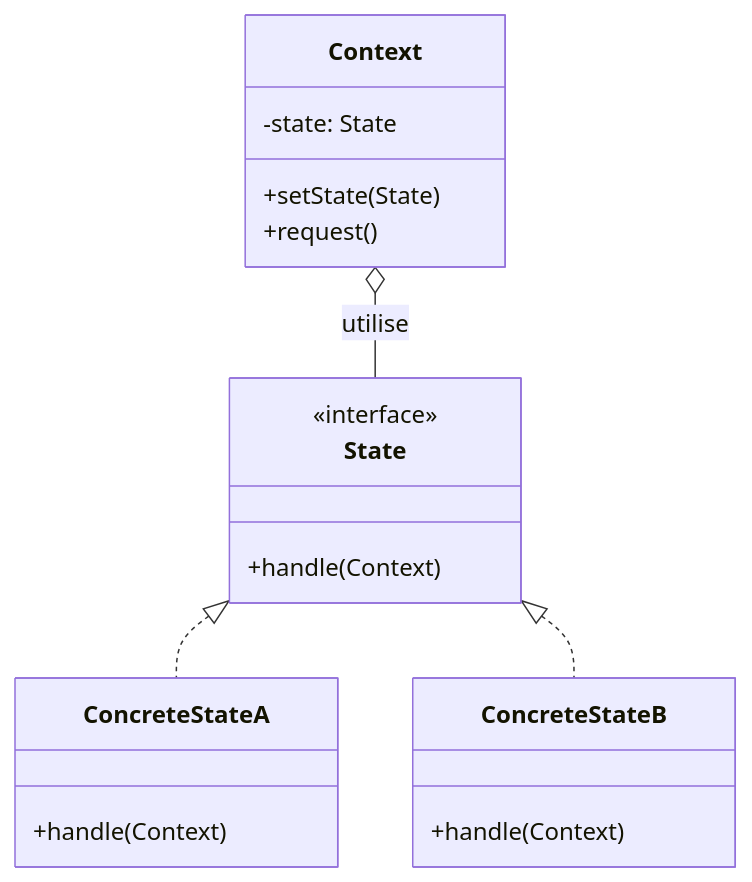
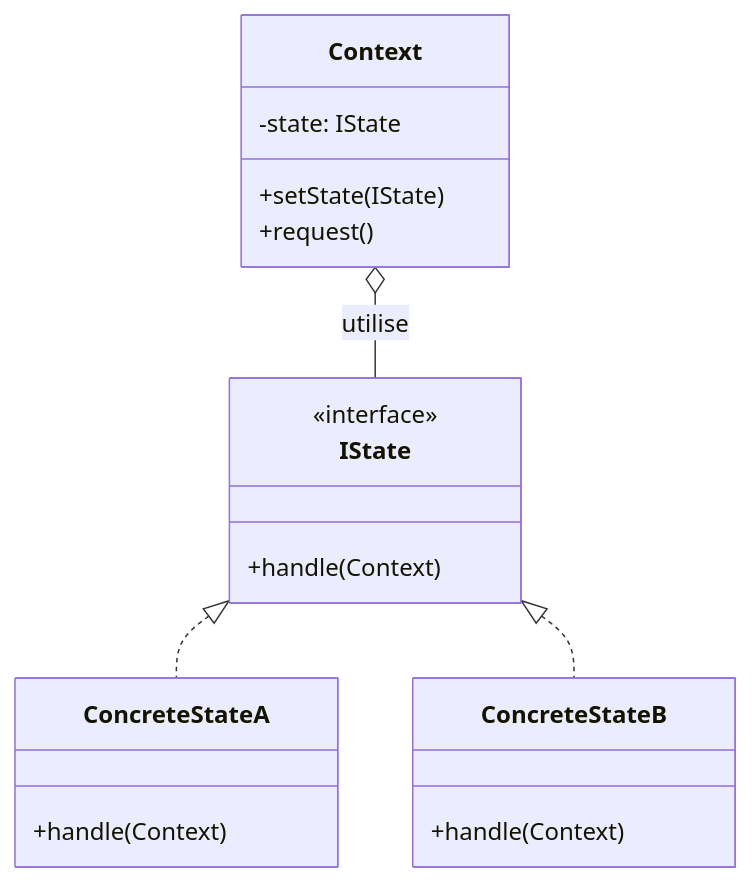
One commit to SamuelLnds/LandaisSamuel_TP_DesignPatterns changed the first of 4 diagrams in State/README.md. Above: the diagram before and after it, drawn with Mermaid. The commit also changed other lines of this file and 12 other files, not shown here.

Commit message:
revue des README, correction des diagrammes, ajout de diagrammes de séquence pour détailler l'explication, correction du français, ajout d'informations supplémentaires, révision de la disposition des limitations à certains endroits

````diff
--- a/State/README.md
+++ b/State/README.md
@@ -9,21 +7,21 @@
 ```mermaid
 classDiagram
-	class Context {
-		-state: State
-		+setState(State)
-		+request()
-	}
-	class State {
-		<<interface>>
-		+handle(Context)
-	}
-	class ConcreteStateA {
-		+handle(Context)
-	}
-	class ConcreteStateB {
-		+handle(Context)
-	}
-	Context o-- State : utilise
-	State <|.. ConcreteStateA
-	State <|.. ConcreteStateB
+    class Context {
+        -state: IState
+        +setState(IState)
+        +request()
+    }
+    class IState {
+        <<interface>>
+        +handle(Context)
+    }
+    class ConcreteStateA {
+        +handle(Context)
+    }
+    class ConcreteStateB {
+        +handle(Context)
+    }
+    Context o-- IState : utilise
+    IState <|.. ConcreteStateA
+    IState <|.. ConcreteStateB
 ```
````
